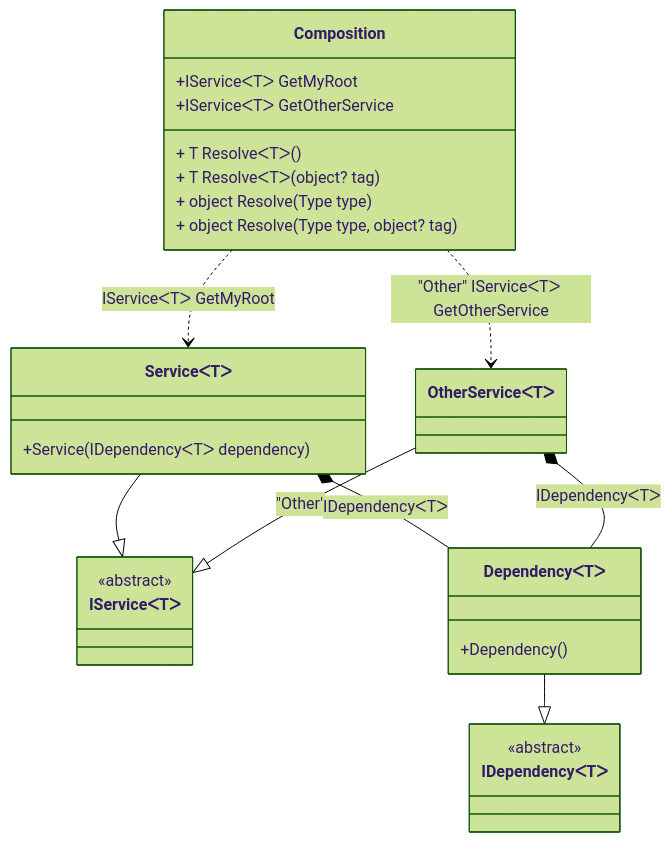
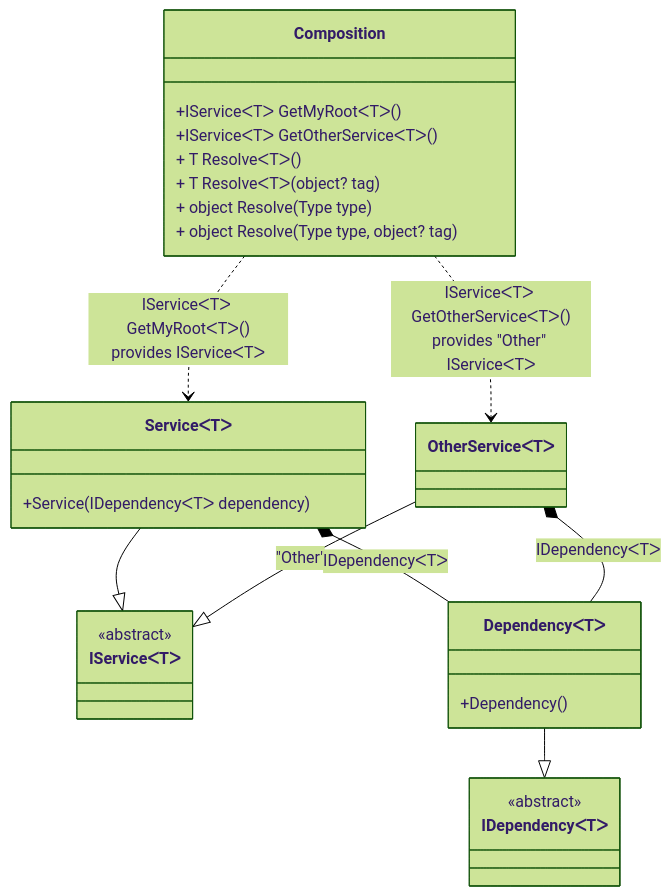
One commit to DevTeam/Pure.DI changed the diagram in readme/generic-composition-roots.md. Above: the diagram before and after it, drawn with Mermaid (forest theme). The commit also changed other lines of this file and 73 other files, not shown here.

````diff
--- a/readme/generic-composition-roots.md
+++ b/readme/generic-composition-roots.md
@@ -54,31 +54,31 @@
 ```mermaid
 classDiagram
   class Composition {
-    +IServiceᐸTᐳ GetMyRoot
-    +IServiceᐸTᐳ GetOtherService
+    +IServiceᐸTᐳ GetMyRootᐸTᐳ()
+    +IServiceᐸTᐳ GetOtherServiceᐸTᐳ()
     + T ResolveᐸTᐳ()
     + T ResolveᐸTᐳ(object? tag)
     + object Resolve(Type type)
     + object Resolve(Type type, object? tag)
   }
   ServiceᐸTᐳ --|> IServiceᐸTᐳ : 
   class ServiceᐸTᐳ {
     +Service(IDependencyᐸTᐳ dependency)
   }
   OtherServiceᐸTᐳ --|> IServiceᐸTᐳ : "Other" 
   class OtherServiceᐸTᐳ
   DependencyᐸTᐳ --|> IDependencyᐸTᐳ : 
   class DependencyᐸTᐳ {
     +Dependency()
   }
   class IServiceᐸTᐳ {
     <<abstract>>
   }
   class IDependencyᐸTᐳ {
     <<abstract>>
   }
-  Composition ..> ServiceᐸTᐳ : IServiceᐸTᐳ GetMyRoot
-  Composition ..> OtherServiceᐸTᐳ : "Other" IServiceᐸTᐳ GetOtherService
+  Composition ..> ServiceᐸTᐳ : IServiceᐸTᐳ GetMyRootᐸTᐳ()<br/>provides IServiceᐸTᐳ
+  Composition ..> OtherServiceᐸTᐳ : IServiceᐸTᐳ GetOtherServiceᐸTᐳ()<br/>provides "Other" IServiceᐸTᐳ
   ServiceᐸTᐳ *--  DependencyᐸTᐳ : IDependencyᐸTᐳ
   OtherServiceᐸTᐳ *--  DependencyᐸTᐳ : IDependencyᐸTᐳ
 ```
````
